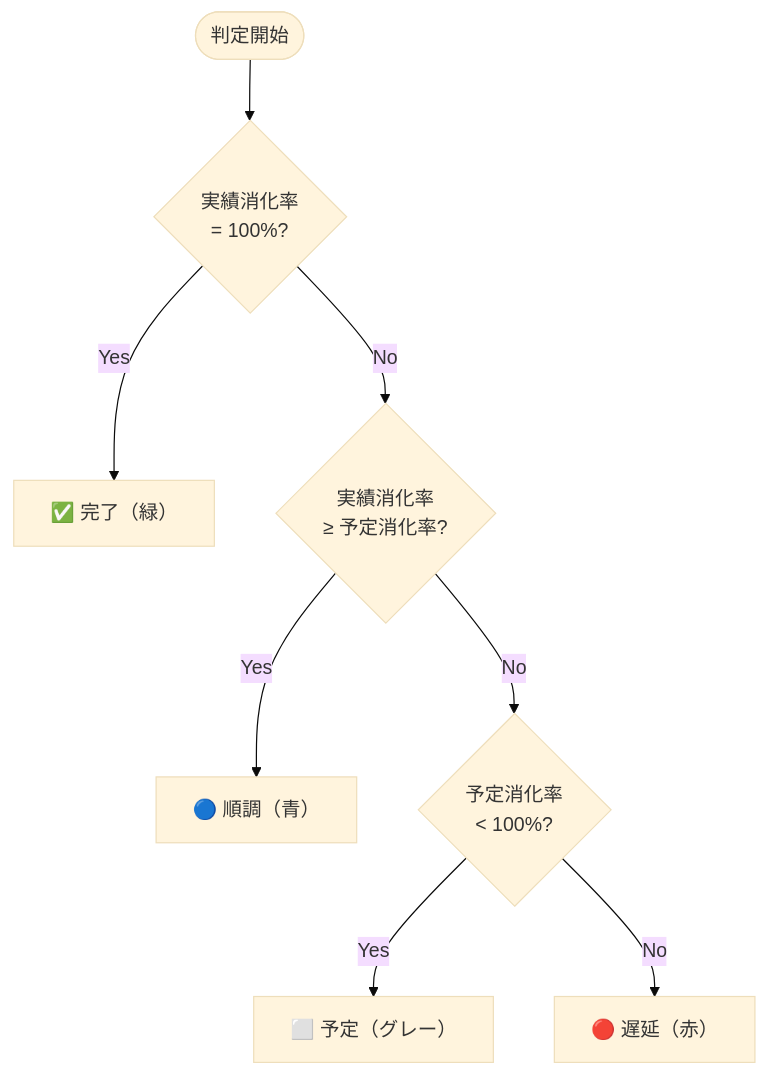
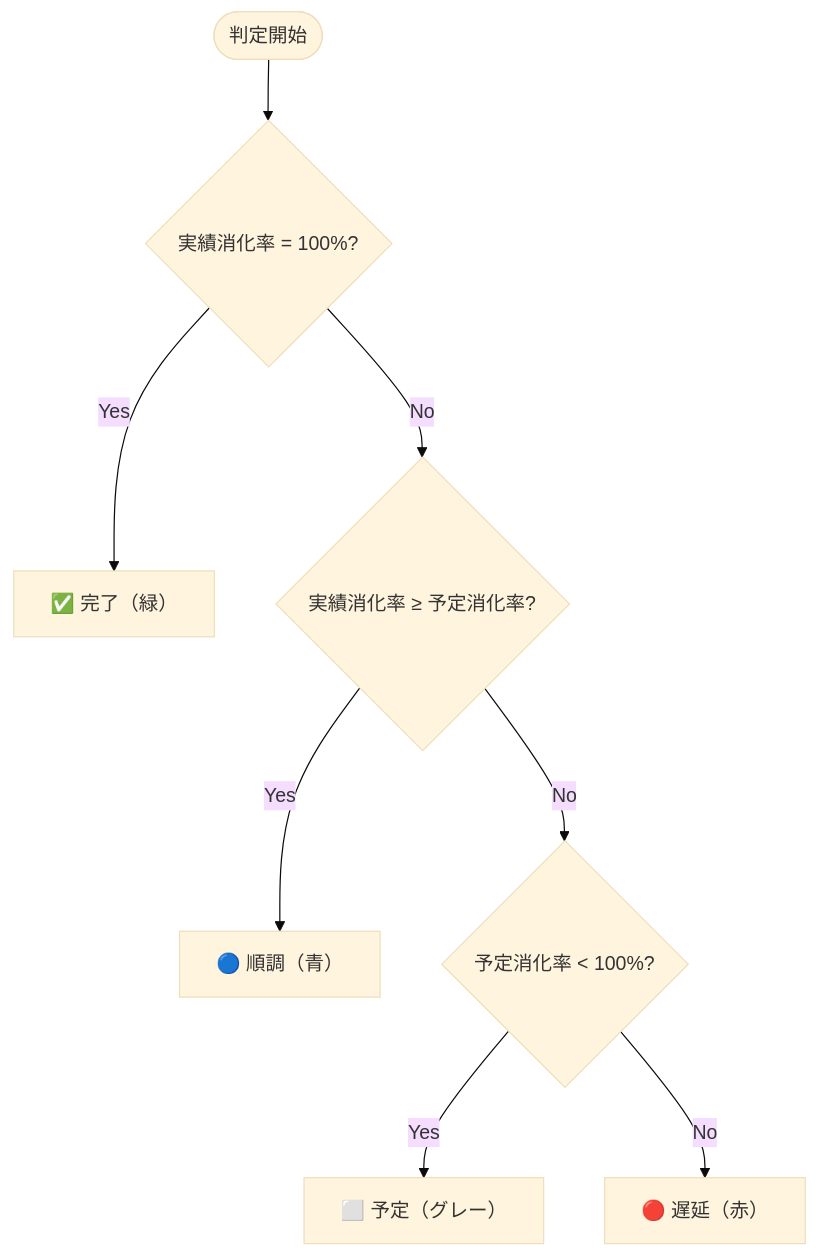
One commit to makio-dev/test-progress-collector changed the fourth of 4 diagrams in docs/マニュアル.md. Above: the diagram before and after it, drawn with Mermaid (base theme). The commit also changed other lines of this file and 2 other files, not shown here.

First line of the commit message:
ドキュメント修正: Mermaid内の \n を除去

````diff
--- a/docs/マニュアル.md
+++ b/docs/マニュアル.md
@@ -527,10 +527,10 @@
 ```mermaid
 flowchart TD
-    START([判定開始]) --> C1{"実績消化率\n= 100%?"}
+    START([判定開始]) --> C1{"実績消化率 = 100%?"}
     C1 -- Yes --> 完了["✅ 完了（緑）"]
-    C1 -- No --> C2{"実績消化率\n≥ 予定消化率?"}
+    C1 -- No --> C2{"実績消化率 ≥ 予定消化率?"}
     C2 -- Yes --> 順調["🔵 順調（青）"]
-    C2 -- No --> C3{"予定消化率\n< 100%?"}
+    C2 -- No --> C3{"予定消化率 < 100%?"}
     C3 -- Yes --> 予定["⬜ 予定（グレー）"]
     C3 -- No --> 遅延["🔴 遅延（赤）"]
 ```
````
